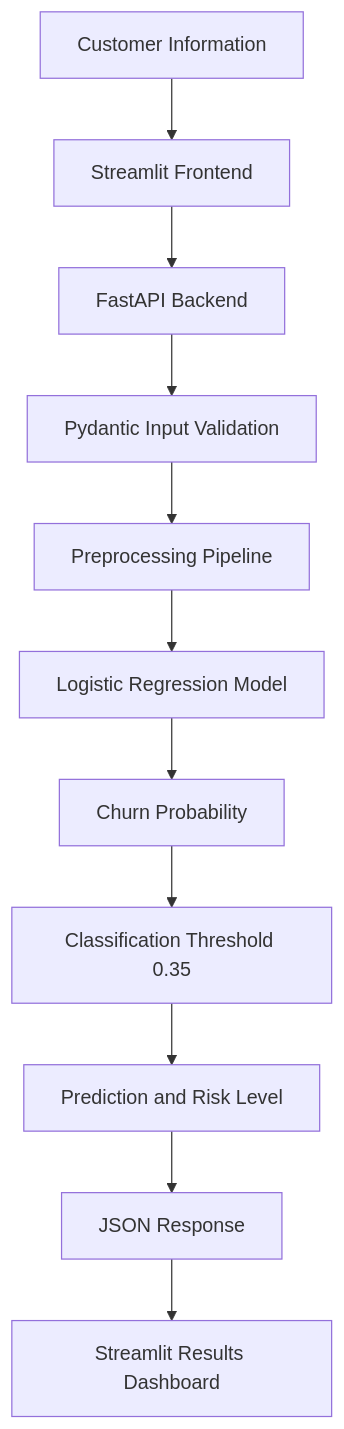
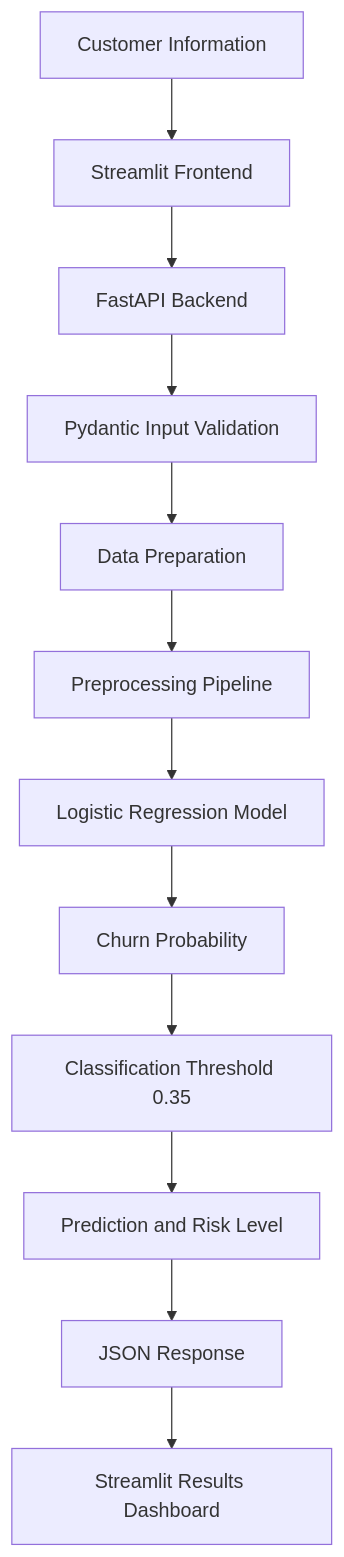
Before and after one commit to SayeedullahAlom/customer-churn-intelligence-platform: the diagram in README.md, drawn with Mermaid. The commit also changed other lines of this file, not shown here.

````diff
--- a/README.md
+++ b/README.md
@@ -55,13 +63,14 @@
 ```mermaid
 flowchart TD
     A[Customer Information] --> B[Streamlit Frontend]
     B --> C[FastAPI Backend]
     C --> D[Pydantic Input Validation]
-    D --> E[Preprocessing Pipeline]
-    E --> F[Logistic Regression Model]
-    F --> G[Churn Probability]
-    G --> H[Classification Threshold 0.35]
-    H --> I[Prediction and Risk Level]
-    I --> J[JSON Response]
-    J --> K[Streamlit Results Dashboard]
+    D --> E[Data Preparation]
+    E --> F[Preprocessing Pipeline]
+    F --> G[Logistic Regression Model]
+    G --> H[Churn Probability]
+    H --> I[Classification Threshold 0.35]
+    I --> J[Prediction and Risk Level]
+    J --> K[JSON Response]
+    K --> L[Streamlit Results Dashboard]
 ```
````
